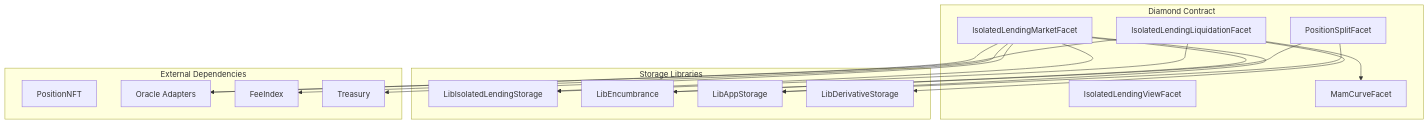
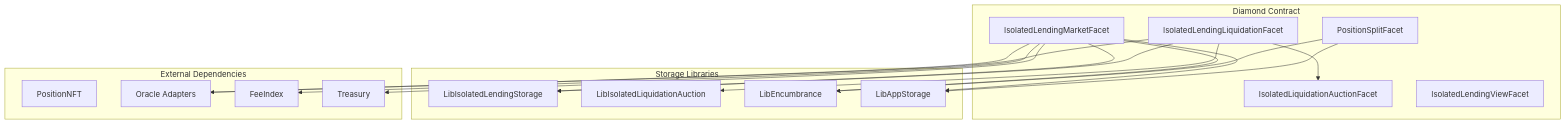
Before and after one commit to EqualFiLabs/EqualFi: the first of 2 diagrams in docs/ext-mods/ILM-Design.md, drawn with Mermaid. The commit also changed other lines of this file and 8 other files, not shown here.

````diff
--- a/docs/ext-mods/ILM-Design.md
+++ b/docs/ext-mods/ILM-Design.md
@@ -13,39 +13,39 @@
 ```mermaid
 graph TB
     subgraph "Diamond Contract"
         ILM[IsolatedLendingMarketFacet]
         ILML[IsolatedLendingLiquidationFacet]
+        ILA[IsolatedLiquidationAuctionFacet]
         ILMV[IsolatedLendingViewFacet]
         PSF[PositionSplitFacet]
-        MAM[MamCurveFacet]
     end
     
     subgraph "Storage Libraries"
         LIS[LibIsolatedLendingStorage]
+        LLA[LibIsolatedLiquidationAuction]
         LENC[LibEncumbrance]
         LAS[LibAppStorage]
-        LDS[LibDerivativeStorage]
     end
     
     subgraph "External Dependencies"
         PNFT[PositionNFT]
         OA[Oracle Adapters]
         FI[FeeIndex]
         TR[Treasury]
     end
     
     ILM --> LIS
     ILM --> LENC
     ILM --> LAS
     ILML --> LIS
-    ILML --> MAM
-    ILML --> LDS
+    ILML --> ILA
+    ILML --> LLA
     PSF --> LENC
     PSF --> LAS
     
     ILM --> OA
     ILM --> FI
     ILM --> TR
     ILML --> OA
 
 ```
````
